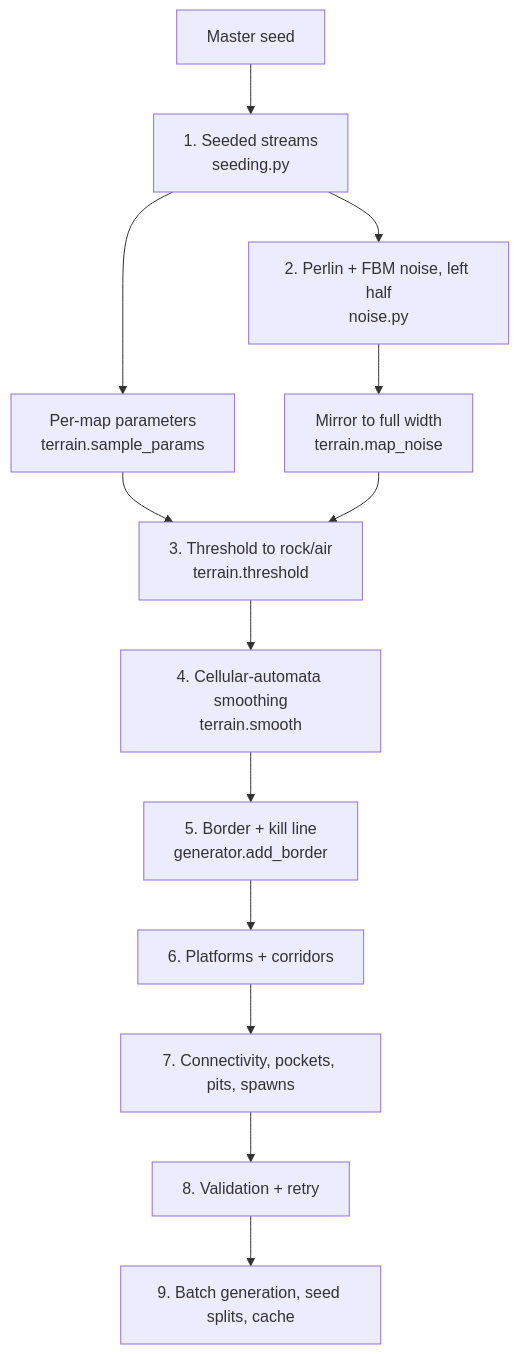
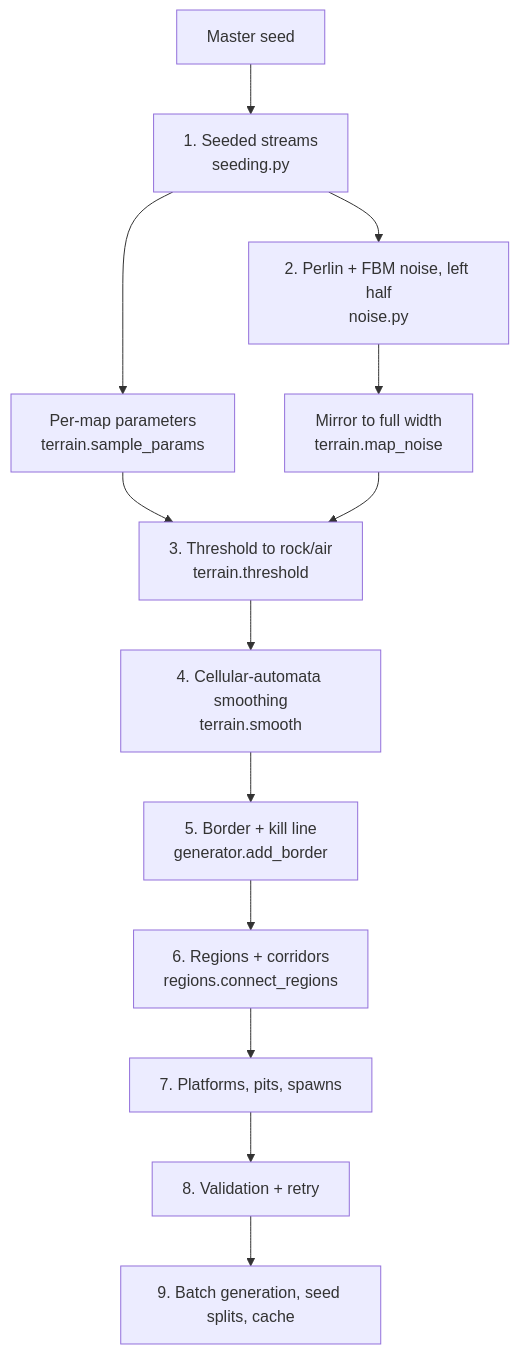
The first of 2 diagrams in docs/mapgen.md (thekrishmellow/RL-Donut), drawn with Mermaid before and after one commit. The commit also changed other lines of this file and 9 other files, not shown here.

````diff
--- a/docs/mapgen.md
+++ b/docs/mapgen.md
@@ -20,15 +20,15 @@
 ```mermaid
 flowchart TD
     S[Master seed] --> P[1. Seeded streams<br/>seeding.py]
     P --> Q[Per-map parameters<br/>terrain.sample_params]
     P --> N[2. Perlin + FBM noise, left half<br/>noise.py]
     N --> MI[Mirror to full width<br/>terrain.map_noise]
     Q --> T[3. Threshold to rock/air<br/>terrain.threshold]
     MI --> T
     T --> C[4. Cellular-automata smoothing<br/>terrain.smooth]
     C --> M[5. Border + kill line<br/>generator.add_border]
-    M --> PL[6. Platforms + corridors]
-    PL --> CN[7. Connectivity, pockets, pits, spawns]
-    CN --> V[8. Validation + retry]
+    M --> RG[6. Regions + corridors<br/>regions.connect_regions]
+    RG --> PL[7. Platforms, pits, spawns]
+    PL --> V[8. Validation + retry]
     V --> B[9. Batch generation, seed splits, cache]
 ```
````
